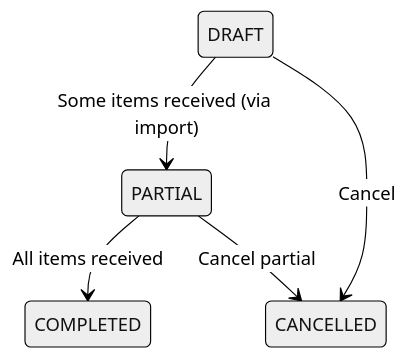
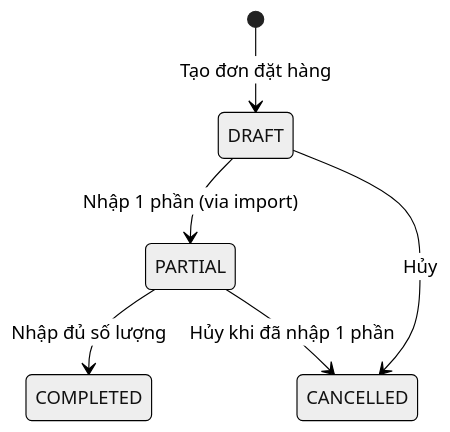
The first of 2 diagrams in docs/flows/be/08-purchase-order-flow.md (Java-Inventory-Management-System/Projects), drawn with Mermaid (neutral theme) before and after one commit. The commit also changed 7 other files, not shown here.

Commit message:
docs: reorganise BE state diagrams — add [*] start/end, fix warranty lifecycle, composite layout

````diff
--- a/docs/flows/be/08-purchase-order-flow.md
+++ b/docs/flows/be/08-purchase-order-flow.md
@@ -34,7 +34,8 @@
 ```mermaid
 stateDiagram-v2
-    DRAFT --> PARTIAL : Some items received (via import)
-    PARTIAL --> COMPLETED : All items received
-    DRAFT --> CANCELLED : Cancel
-    PARTIAL --> CANCELLED : Cancel partial
+    [*] --> DRAFT : Tạo đơn đặt hàng
+    DRAFT --> PARTIAL : Nhập 1 phần (via import)
+    DRAFT --> CANCELLED : Hủy
+    PARTIAL --> COMPLETED : Nhập đủ số lượng
+    PARTIAL --> CANCELLED : Hủy khi đã nhập 1 phần
 ```
````
